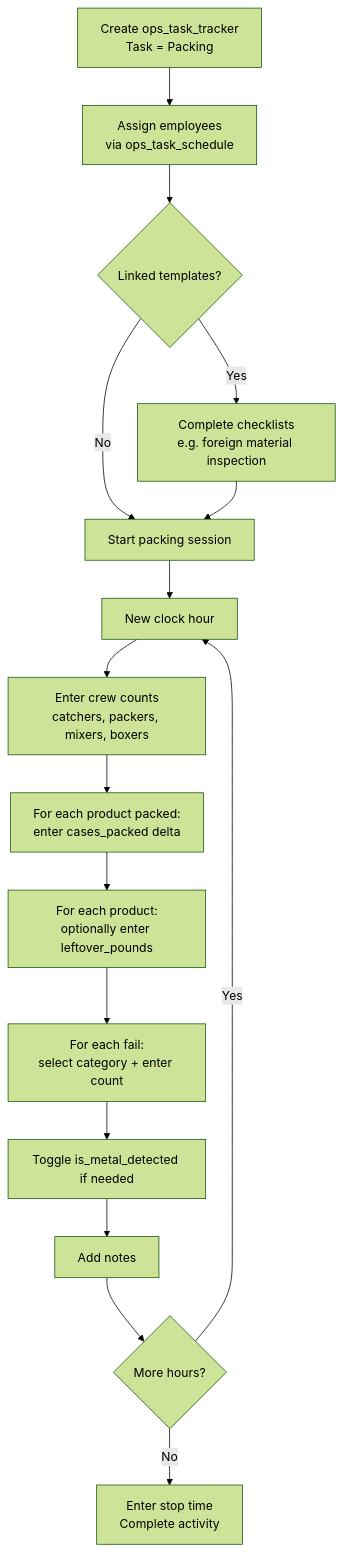
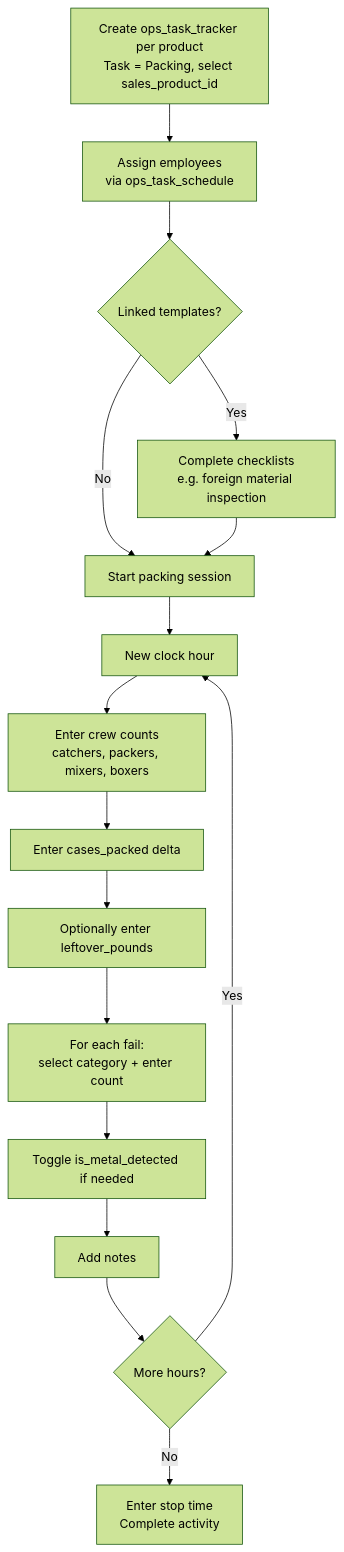
The diagram in docs/processes/20260401000010_pack_productivity_workflow.md (Hawaii-Farming/aloha-app), drawn with Mermaid (forest theme) before and after one commit. The commit also changed other lines of this file and 34 other files, not shown here.

First line of the commit message:
Add business rules, schema updates, shipping traceability, and doc sync

````diff
--- a/docs/processes/20260401000010_pack_productivity_workflow.md
+++ b/docs/processes/20260401000010_pack_productivity_workflow.md
@@ -65,18 +64,18 @@
 ```mermaid
 flowchart TD
-    A[Create ops_task_tracker\nTask = Packing] --> A1[Assign employees\nvia ops_task_schedule]
+    A[Create ops_task_tracker per product\nTask = Packing, select sales_product_id] --> A1[Assign employees\nvia ops_task_schedule]
     A1 --> A2{Linked templates?}
     A2 -->|Yes| A3[Complete checklists\ne.g. foreign material inspection]
     A2 -->|No| B
     A3 --> B[Start packing session]
     B --> C[New clock hour]
     C --> D[Enter crew counts\ncatchers, packers, mixers, boxers]
-    D --> E[For each product packed:\nenter cases_packed delta]
-    E --> F[For each product:\noptionally enter leftover_pounds]
+    D --> E[Enter cases_packed delta]
+    E --> F[Optionally enter leftover_pounds]
     F --> G[For each fail:\nselect category + enter count]
     G --> H[Toggle is_metal_detected if needed]
     H --> I[Add notes]
     I --> J{More hours?}
     J -->|Yes| C
     J -->|No| K[Enter stop time\nComplete activity]
 ```
````
